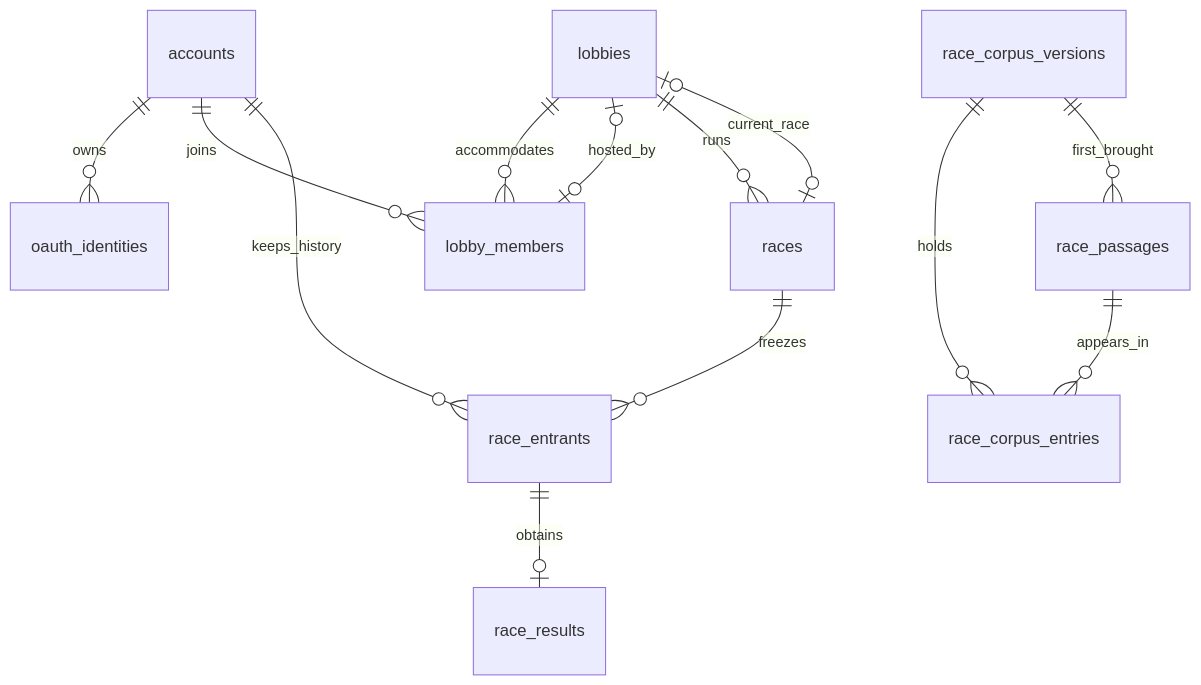
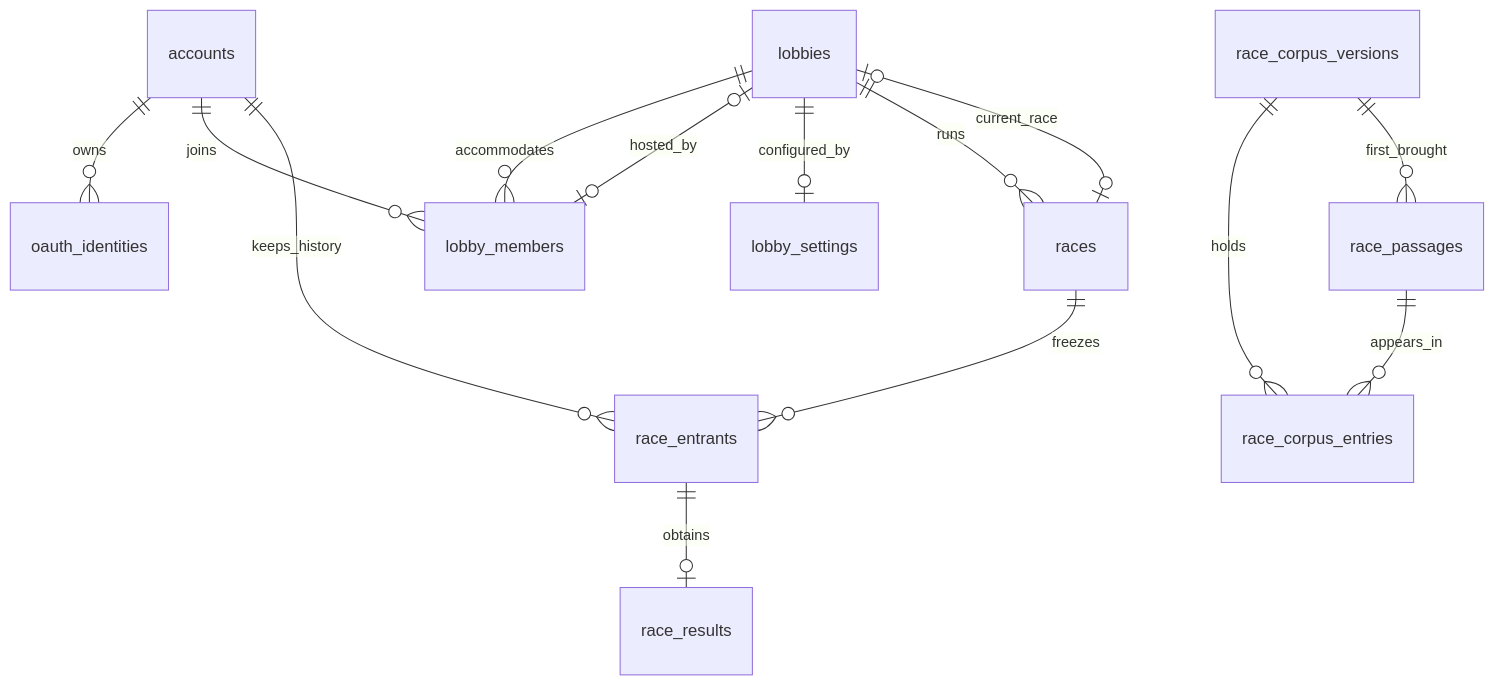
The diagram in docs/architecture/data-model.md (PhilJordan18/incision), drawn with Mermaid before and after one commit. The commit also changed other lines of this file and 3 other files, not shown here.

````diff
--- a/docs/architecture/data-model.md
+++ b/docs/architecture/data-model.md
@@ -80,15 +80,16 @@
 ```mermaid
 erDiagram
   accounts ||--o{ oauth_identities : owns
   accounts ||--o{ lobby_members : joins
   lobbies ||--o{ lobby_members : accommodates
   lobbies |o--o| lobby_members : hosted_by
+  lobbies ||--o| lobby_settings : configured_by
   lobbies ||--o{ races : runs
   lobbies |o--o| races : current_race
   races ||--o{ race_entrants : freezes
   accounts ||--o{ race_entrants : keeps_history
   race_entrants ||--o| race_results : obtains
   race_corpus_versions ||--o{ race_corpus_entries : holds
   race_passages ||--o{ race_corpus_entries : appears_in
   race_corpus_versions ||--o{ race_passages : first_brought
 ```
````
